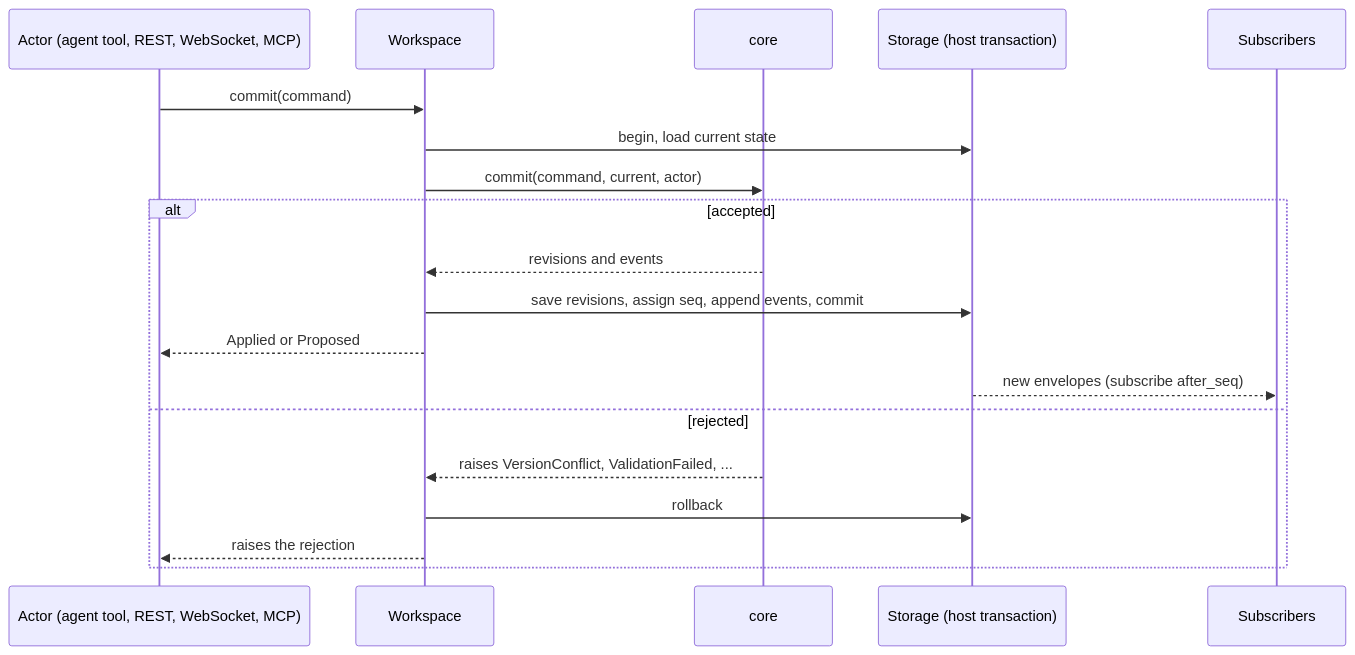
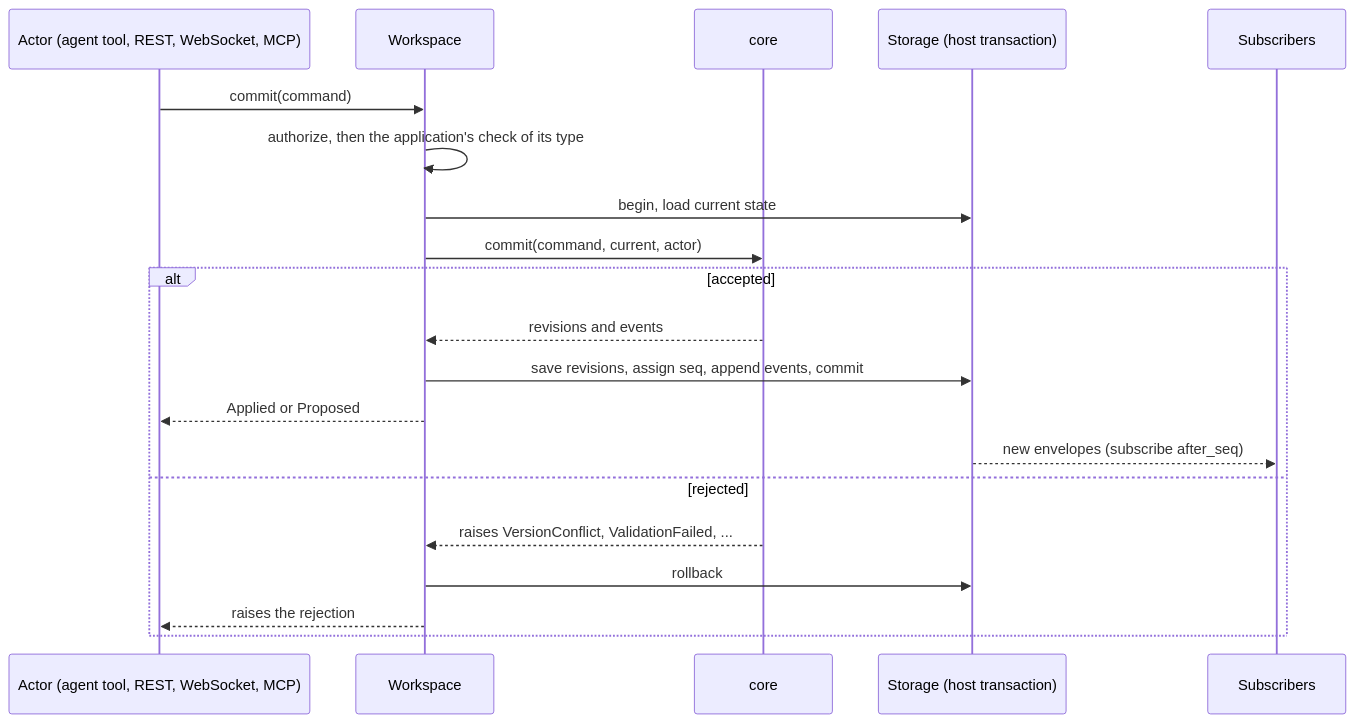
The third of 3 diagrams in docs/artifactr/architecture.md (alexnodeland/lattice), drawn with Mermaid before and after one commit. The commit also changed other lines of this file and 7 other files, not shown here.

````diff
--- a/docs/artifactr/architecture.md
+++ b/docs/artifactr/architecture.md
@@ -206,21 +206,22 @@
 ```mermaid
 sequenceDiagram
     participant A as Actor (agent tool, REST, WebSocket, MCP)
     participant W as Workspace
     participant C as core
     participant S as Storage (host transaction)
     participant L as Subscribers
     A->>W: commit(command)
+    W->>W: authorize, then the application's check of its type
     W->>S: begin, load current state
     W->>C: commit(command, current, actor)
     alt accepted
         C-->>W: revisions and events
         W->>S: save revisions, assign seq, append events, commit
         W-->>A: Applied or Proposed
         S-->>L: new envelopes (subscribe after_seq)
     else rejected
         C-->>W: raises VersionConflict, ValidationFailed, ...
         W->>S: rollback
         W-->>A: raises the rejection
     end
 ```
````
